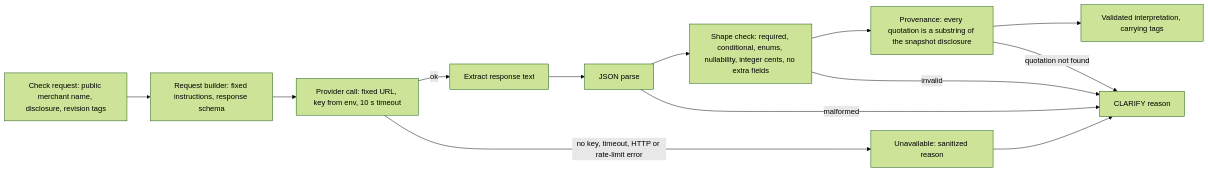
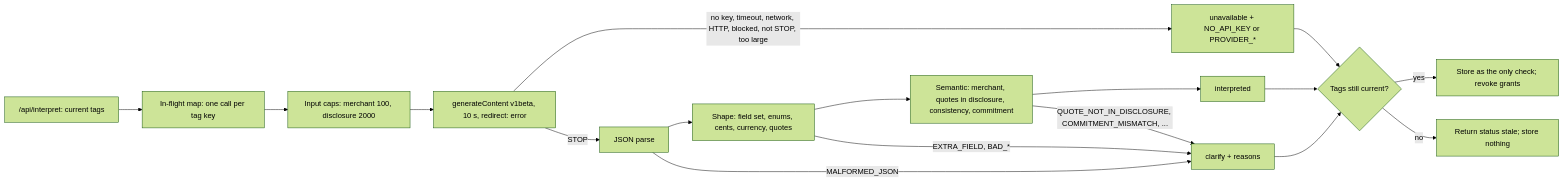
One commit to shinhf/safety-belt changed the second of 3 diagrams in architecture/05-building-block-view.md. Above: the diagram before and after it, drawn with Mermaid (forest theme). The commit also changed other lines of this file and 3 other files, not shown here.

````diff
--- a/architecture/05-building-block-view.md
+++ b/architecture/05-building-block-view.md
@@ -77,15 +94,19 @@
 ```mermaid
 flowchart LR
-    In["Check request: public merchant name, disclosure, revision tags"] --> Build["Request builder: fixed instructions, response schema"]
-    Build --> Call["Provider call: fixed URL, key from env, 10 s timeout"]
-    Call -->|"ok"| Extract["Extract response text"]
-    Call -->|"no key, timeout, HTTP or rate-limit error"| Fail["Unavailable: sanitized reason"]
-    Extract --> Parse["JSON parse"]
-    Parse --> Shape["Shape check: required, conditional, enums, nullability, integer cents, no extra fields"]
-    Shape --> Prov["Provenance: every quotation is a substring of the snapshot disclosure"]
-    Prov --> Out["Validated interpretation, carrying tags"]
-    Parse -->|"malformed"| Clarify["CLARIFY reason"]
-    Shape -->|"invalid"| Clarify
-    Prov -->|"quotation not found"| Clarify
-    Fail --> Clarify
+    In["/api/interpret: current tags"] --> Dedup["In-flight map: one call per tag key"]
+    Dedup --> Caps["Input caps: merchant 100, disclosure 2000"]
+    Caps --> Call["generateContent v1beta, 10 s, redirect: error"]
+    Call -->|"no key, timeout, network, HTTP, blocked, not STOP, too large"| Fail["unavailable + NO_API_KEY or PROVIDER_*"]
+    Call -->|"STOP"| Parse["JSON parse"]
+    Parse --> Shape["Shape: field set, enums, cents, currency, quotes"]
+    Shape --> Sem["Semantic: merchant, quotes in disclosure, consistency, commitment"]
+    Sem --> Ok["interpreted"]
+    Parse -->|"MALFORMED_JSON"| Clarify["clarify + reasons"]
+    Shape -->|"EXTRA_FIELD, BAD_*"| Clarify
+    Sem -->|"QUOTE_NOT_IN_DISCLOSURE, COMMITMENT_MISMATCH, ..."| Clarify
+    Ok --> Fresh{"Tags still current?"}
+    Clarify --> Fresh
+    Fail --> Fresh
+    Fresh -->|"yes"| Store["Store as the only check; revoke grants"]
+    Fresh -->|"no"| Stale["Return status stale; store nothing"]
 ```
````
